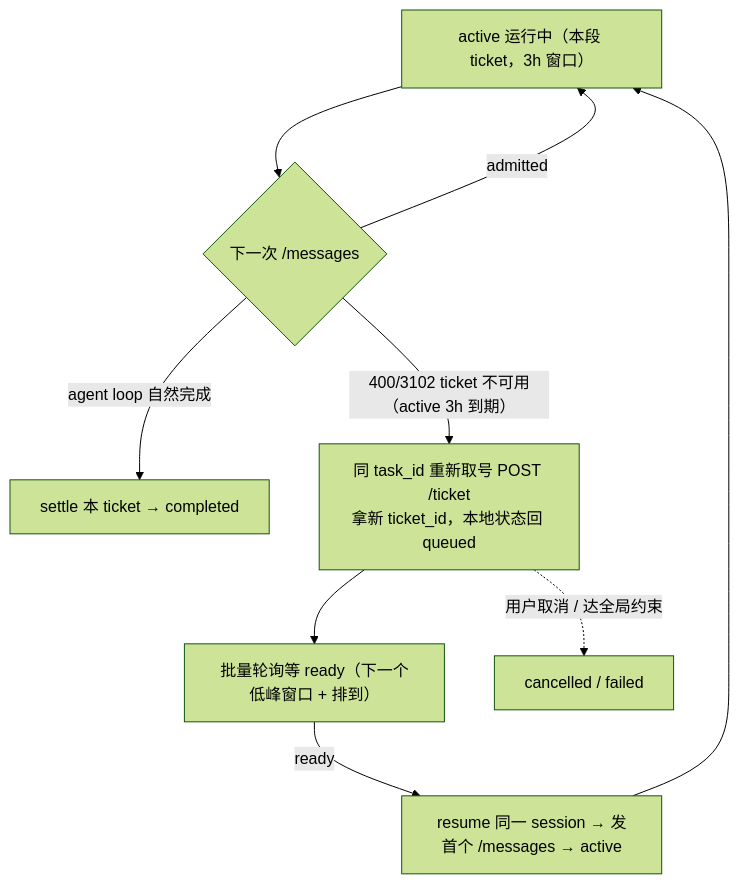
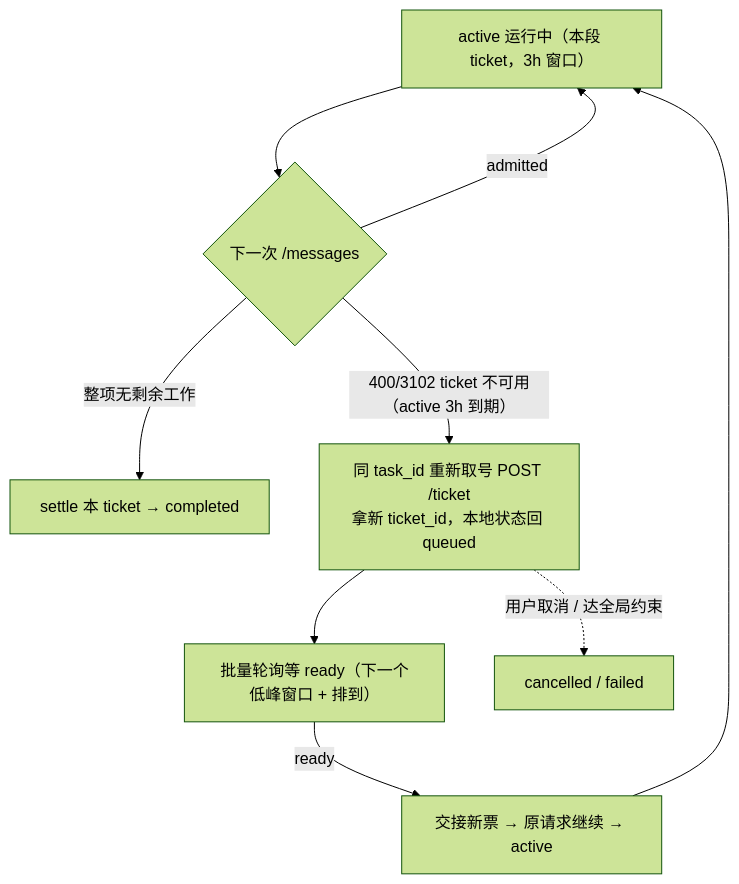
Before and after one commit to yak33/JGAgent: the fifth of 11 diagrams in docs/off-peak-task/tech-design.md, drawn with Mermaid (forest theme). The commit also changed other lines of this file and 4539 other files, not shown here.

````diff
--- a/docs/off-peak-task/tech-design.md
+++ b/docs/off-peak-task/tech-design.md
@@ -423,11 +419,11 @@
 ```mermaid
 flowchart TD
   A["active 运行中（本段 ticket，3h 窗口）"] --> N{"下一次 /messages"}
   N -->|admitted| A
-  N -->|"agent loop 自然完成"| Done["settle 本 ticket → completed"]
+  N -->|"整项无剩余工作"| Done["settle 本 ticket → completed"]
   N -->|"400/3102 ticket 不可用（active 3h 到期）"| Re["同 task_id 重新取号 POST /ticket<br/>拿新 ticket_id，本地状态回 queued"]
   Re --> W["批量轮询等 ready（下一个低峰窗口 + 排到）"]
-  W -->|ready| Dispatch["resume 同一 session → 发首个 /messages → active"]
+  W -->|ready| Dispatch["交接新票 → 原请求继续 → active"]
   Dispatch --> A
   Re -.->|"用户取消 / 达全局约束"| Cancel["cancelled / failed"]
 ```
````
